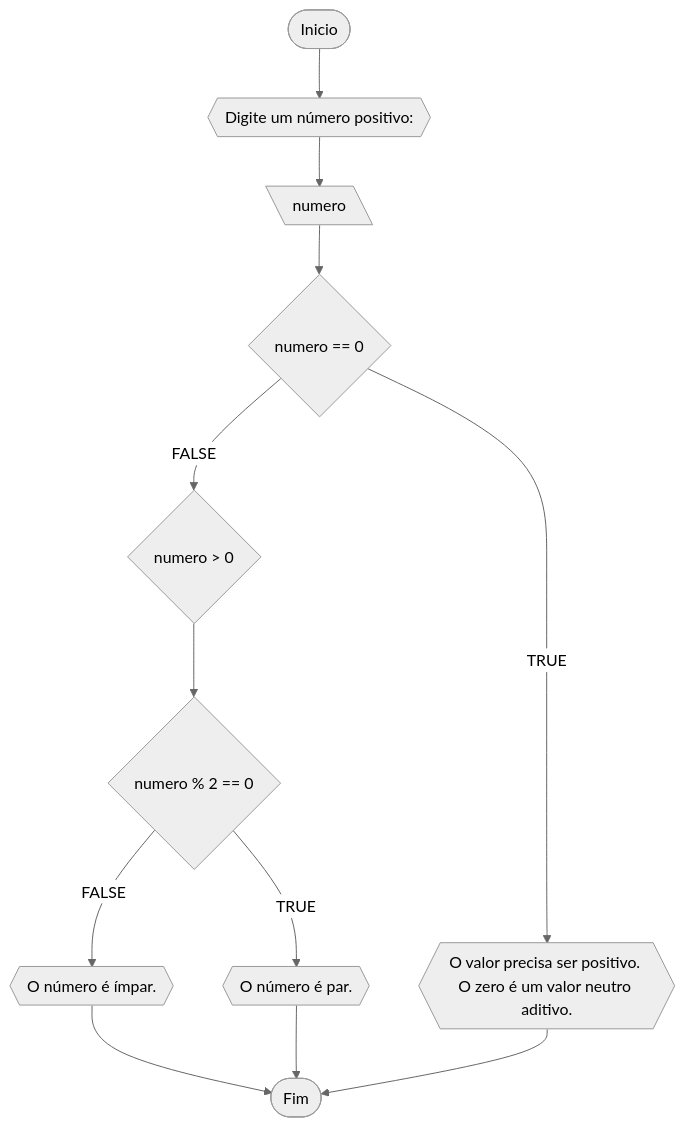
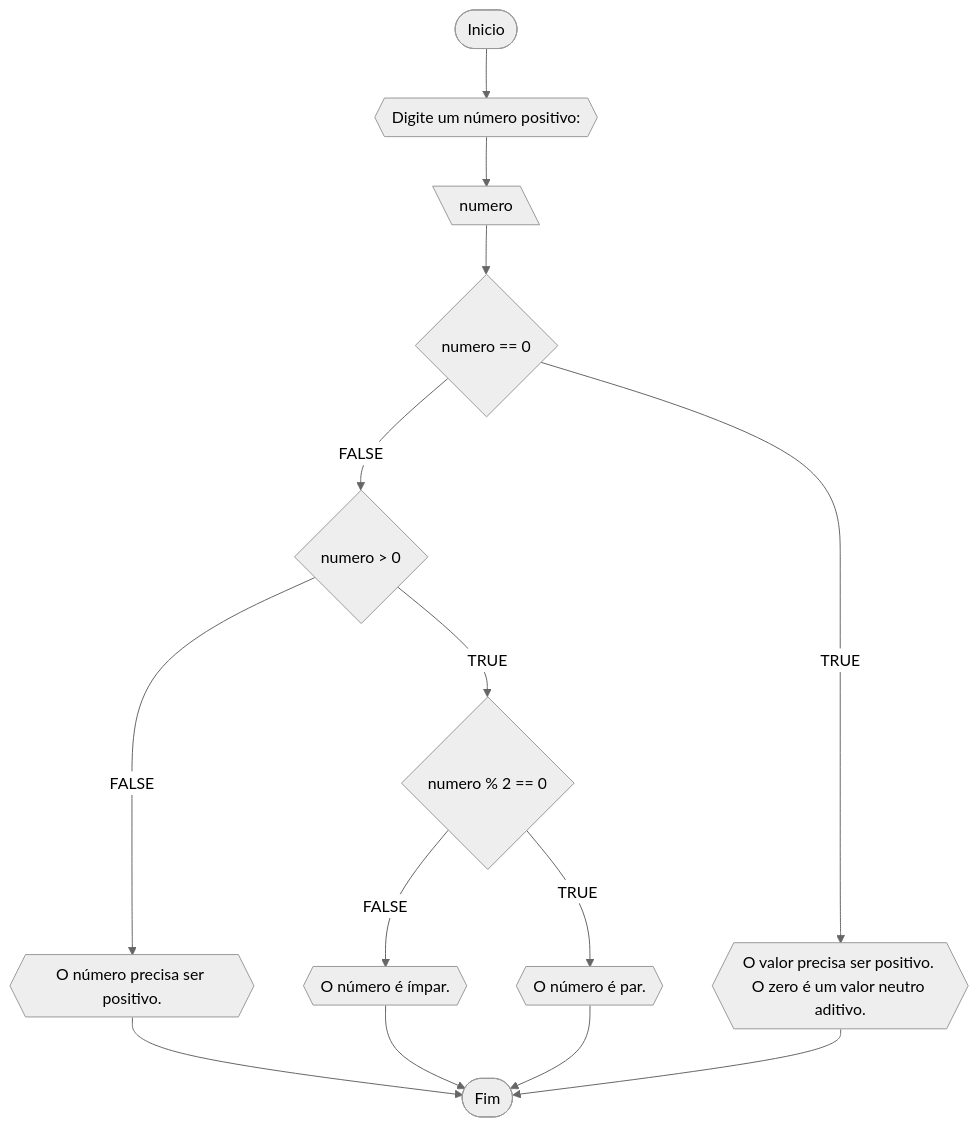
The first of 3 diagrams in RLA/unidade 1/lista1.md (stuffxdd/Unifor), drawn with Mermaid (neutral theme) before and after one commit. The commit also changed other lines of this file, not shown here.

````diff
--- a/RLA/unidade 1/lista1.md
+++ b/RLA/unidade 1/lista1.md
@@ -13,14 +13,15 @@
 ```mermaid
 flowchart TD
 A([Inicio]) --> B{{Digite um número positivo: }}
 B --> C[\numero\]
 C --> D{numero == 0}
 D --FALSE--> E{numero > 0}
-E --> G{numero % 2 == 0}
-G --FALSE--> H{{O número é ímpar.}} --> Z
-G --TRUE--> I{{O número é par.}} --> Z
-D --TRUE--> F{{O valor precisa ser positivo. O zero é um valor neutro aditivo.}} --> Z
+E --FALSE--> J{{O número precisa ser positivo.}} --> Z
+E --TRUE--> F{numero % 2 == 0}
+F --FALSE--> G{{O número é ímpar.}} --> Z
+F --TRUE--> H{{O número é par.}} --> Z
+D --TRUE--> I{{O valor precisa ser positivo. O zero é um valor neutro aditivo.}} --> Z
 
 Z([Fim])
 
 ```
````
